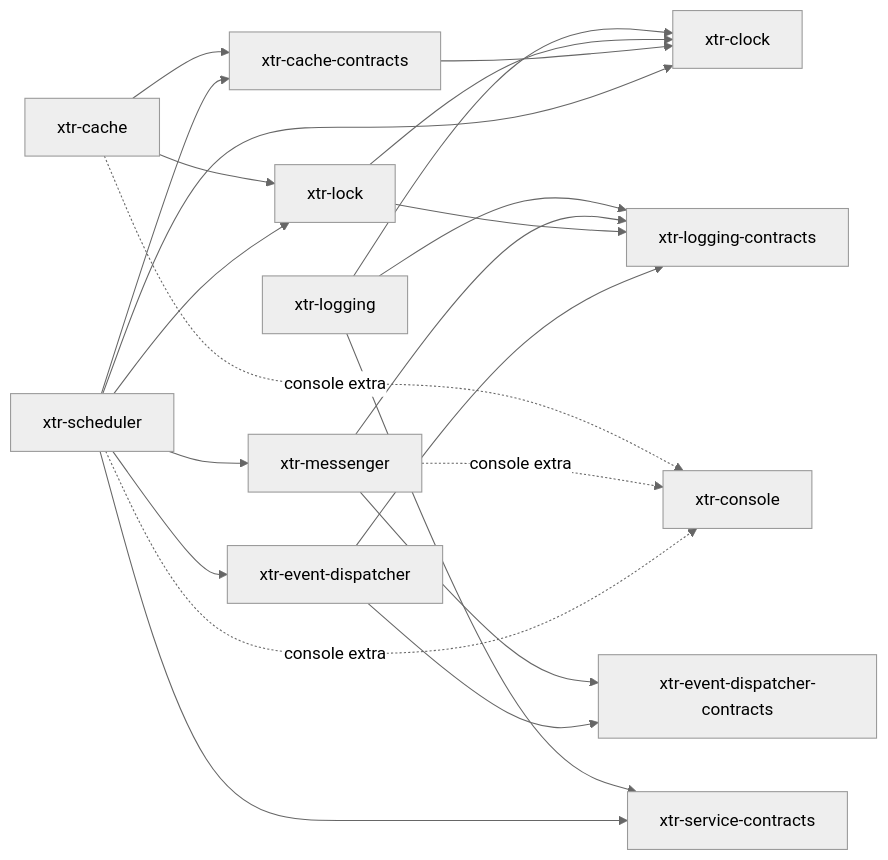
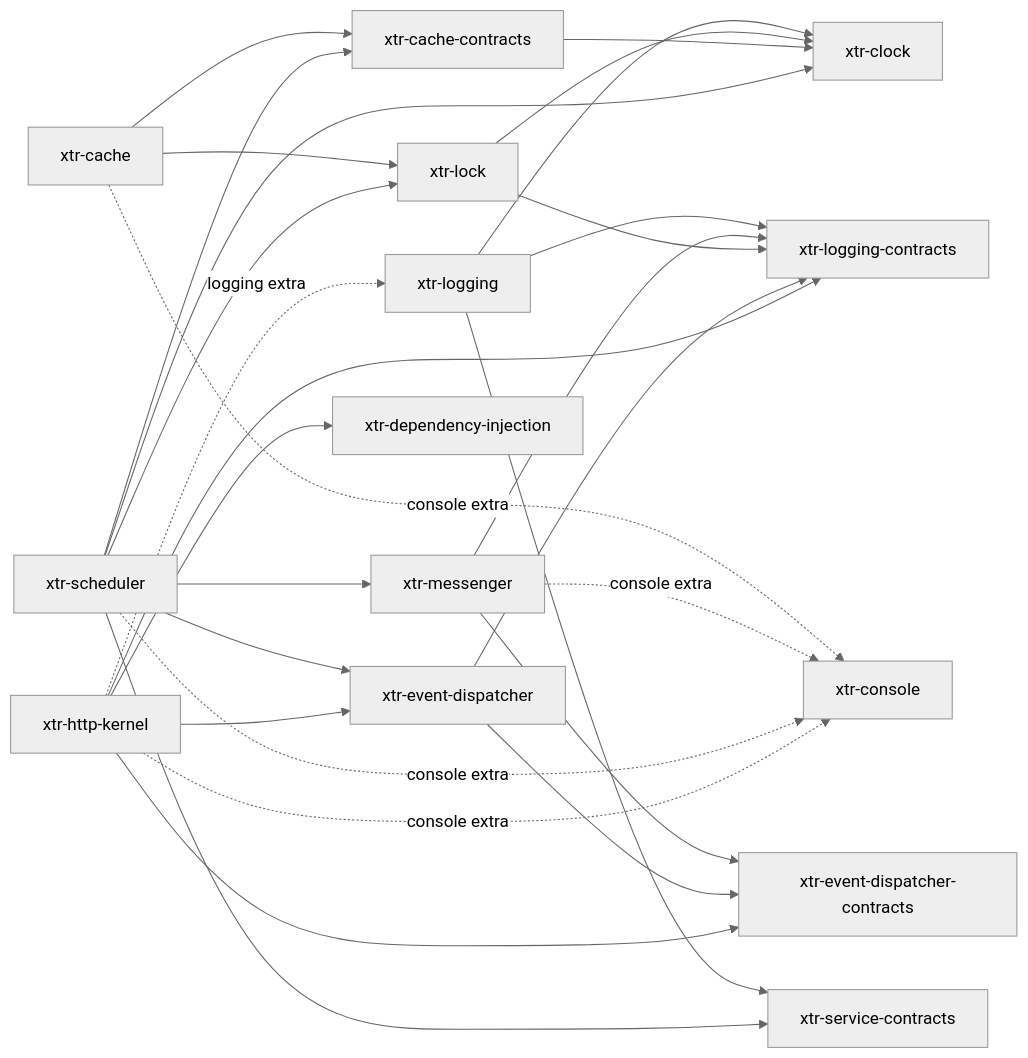
Before and after one commit to xterr/python-xtr: the diagram in README.md, drawn with Mermaid (neutral theme). The commit also changed other lines of this file and 4 other files, not shown here.

Commit message:
docs: document the http kernel, units of work and per-unit traces

````diff
--- a/README.md
+++ b/README.md
@@ -41,24 +42,30 @@
 ```mermaid
 graph LR
     logging[xtr-logging] --> clock[xtr-clock]
     logging --> logcon[xtr-logging-contracts]
     logging --> svccon[xtr-service-contracts]
     messenger[xtr-messenger] --> logcon
     messenger --> eventcon
     lock[xtr-lock] --> clock
     lock --> logcon
     cachecon[xtr-cache-contracts] --> clock
     cache[xtr-cache] --> cachecon
     cache --> lock
     cache -. console extra .-> console
     events[xtr-event-dispatcher] --> eventcon[xtr-event-dispatcher-contracts]
     events --> logcon
     messenger -. console extra .-> console[xtr-console]
     scheduler[xtr-scheduler] --> messenger
     scheduler --> clock
     scheduler --> lock
     scheduler --> cachecon
     scheduler --> events
     scheduler --> svccon
     scheduler -. console extra .-> console
+    httpkernel[xtr-http-kernel] --> di[xtr-dependency-injection]
+    httpkernel --> events
+    httpkernel --> eventcon
+    httpkernel --> logcon
+    httpkernel -. logging extra .-> logging
+    httpkernel -. console extra .-> console
 ```
````
